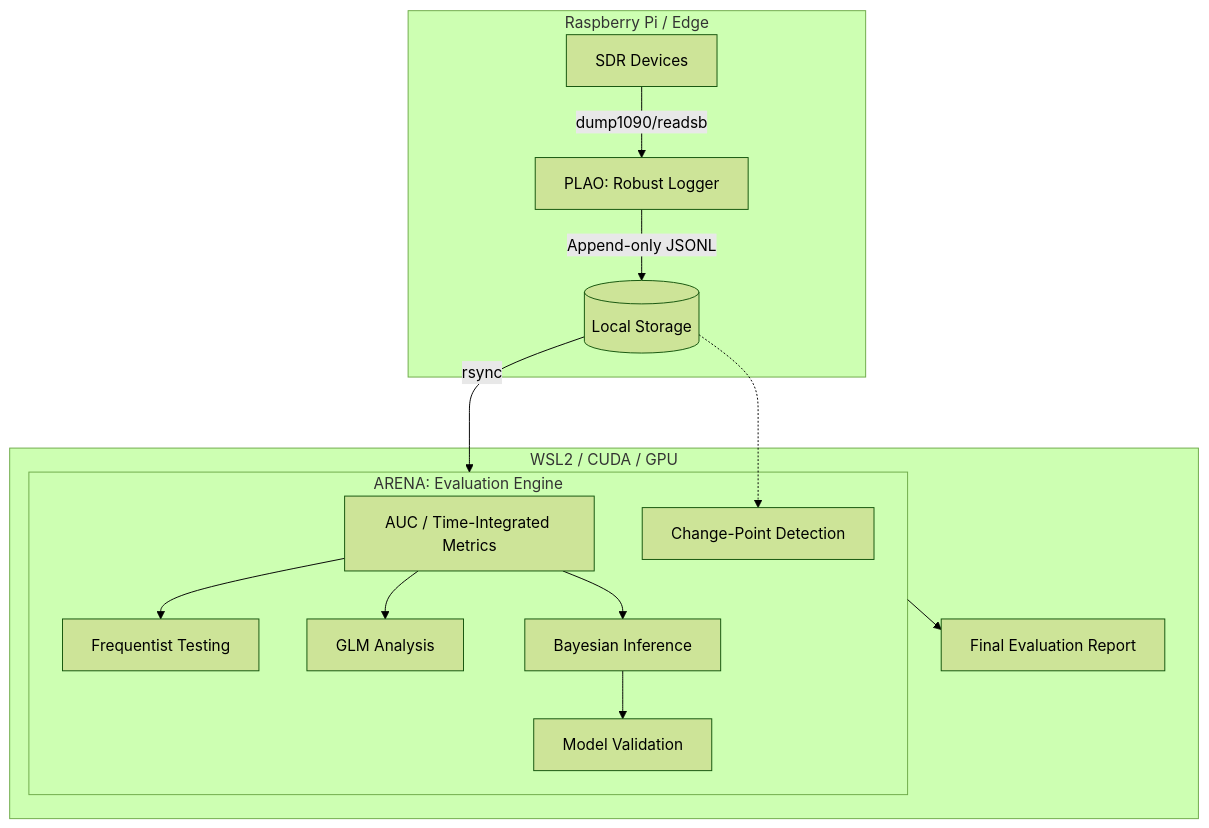
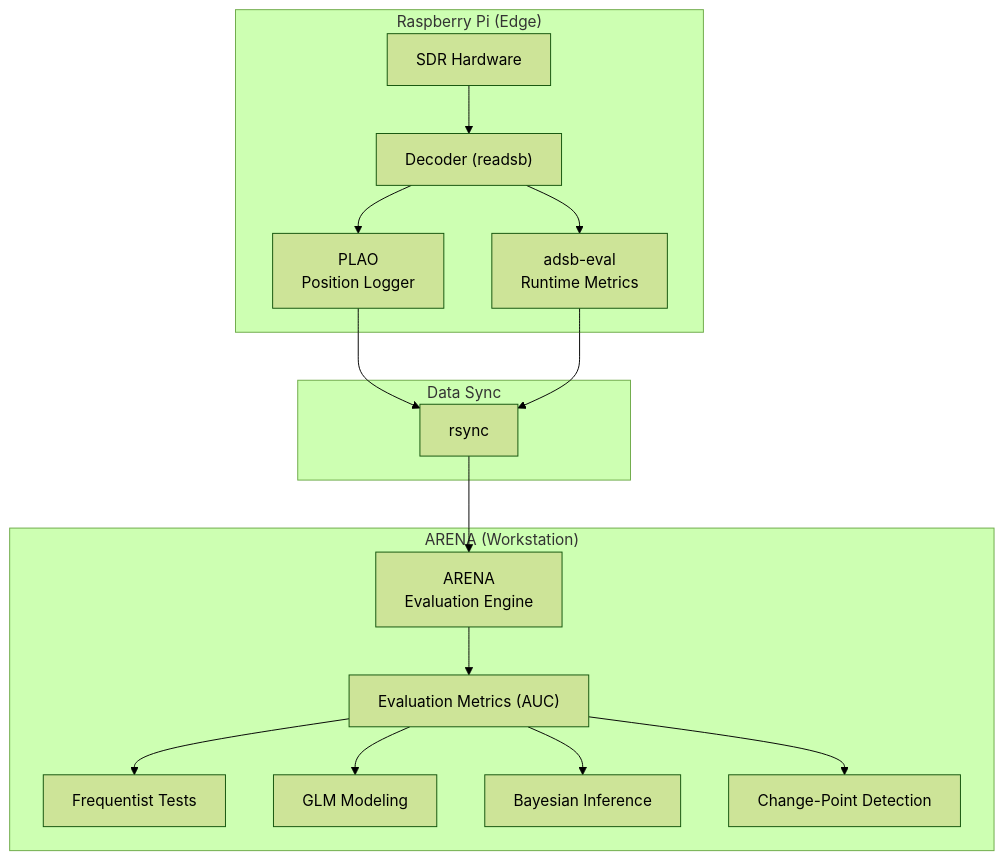
Before and after one commit to yukimurata0421/zenn-content: the diagram in books/plao-arena-system/1-architecture.md, drawn with Mermaid (forest theme). The commit also changed other lines of this file and 2 other files, not shown here.

````diff
--- a/books/plao-arena-system/1-architecture.md
+++ b/books/plao-arena-system/1-architecture.md
@@ -91,21 +243,45 @@
-```mermaid
+``` mermaid
 flowchart TD
-    subgraph Edge [Raspberry Pi / Edge]
-        SDR[SDR Devices] --> |dump1090/readsb| PLAO[PLAO: Robust Logger]
-        PLAO --> |Append-only JSONL| Storage[(Local Storage)]
-    end
-    
-    subgraph Server [WSL2 / CUDA / GPU]
-        Storage --> |rsync| ARENA
-        
-        subgraph ARENA [ARENA: Evaluation Engine]
-            Metrics[AUC / Time-Integrated Metrics] --> Freq[Frequentist Testing]
-            Metrics --> GLM[GLM Analysis]
-            Metrics --> Bayes[Bayesian Inference]
-            Bayes --> Validation[Model Validation]
-            Storage -.-> CPD[Change-Point Detection]
-        end
-        
-        ARENA --> Report[Final Evaluation Report]
-    end
+
+subgraph Edge["Raspberry Pi (Edge)"]
+
+SDR["SDR Hardware"]
+READSB["Decoder (readsb)"]
+
+PLAO["PLAO<br>Position Logger"]
+EVAL["adsb-eval<br>Runtime Metrics"]
+
+SDR --> READSB
+READSB --> PLAO
+READSB --> EVAL
+
+end
+
+subgraph Transfer["Data Sync"]
+
+RSYNC["rsync"]
+
+end
+
+subgraph Analysis["ARENA (Workstation)"]
+
+ARENA["ARENA<br>Evaluation Engine"]
+
+AUC["Evaluation Metrics (AUC)"]
+FREQ["Frequentist Tests"]
+GLM["GLM Modeling"]
+BAYES["Bayesian Inference"]
+CPD["Change-Point Detection"]
+
+ARENA --> AUC
+AUC --> FREQ
+AUC --> GLM
+AUC --> BAYES
+AUC --> CPD
+
+end
+
+PLAO --> RSYNC
+EVAL --> RSYNC
+RSYNC --> ARENA
 ```
````
